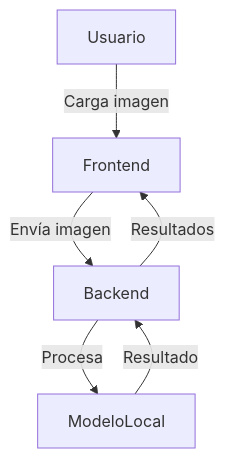
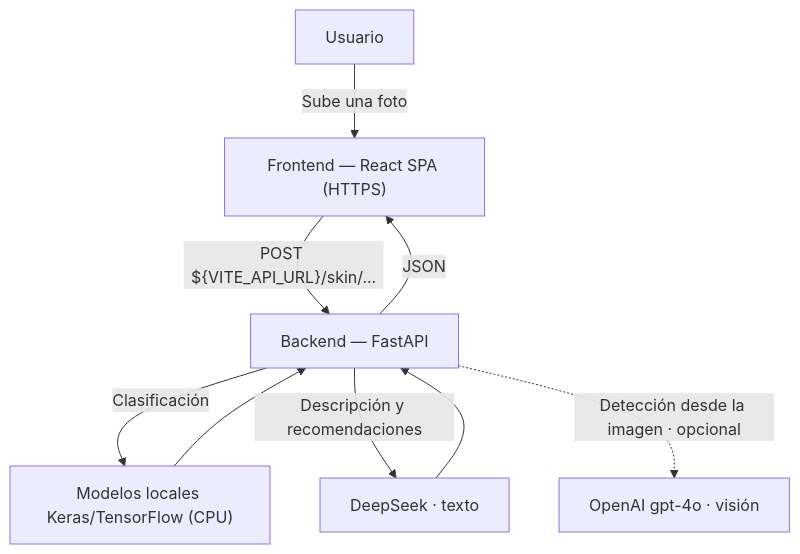
The diagram in README.md (thejoresp/PielSanaIA-MVP), drawn with Mermaid before and after one commit. The commit also changed other lines of this file and 8 other files, not shown here.

````diff
--- a/README.md
+++ b/README.md
@@ -169,8 +134,11 @@
 ```mermaid
 flowchart TD
-    Usuario -->|Carga imagen| Frontend
-    Frontend -->|Envía imagen| Backend
-    Backend -->|Procesa| ModeloLocal
-    ModeloLocal -->|Resultado| Backend
-    Backend -->|Resultados| Frontend
+    Usuario -->|Sube una foto| Frontend["Frontend — React SPA (HTTPS)"]
+    Frontend -->|"POST ${VITE_API_URL}/skin/..."| Backend["Backend — FastAPI"]
+    Backend -->|Clasificación| Modelos["Modelos locales Keras/TensorFlow (CPU)"]
+    Backend -->|Descripción y recomendaciones| DeepSeek["DeepSeek · texto"]
+    Backend -.->|Detección desde la imagen · opcional| OpenAI["OpenAI gpt-4o · visión"]
+    Modelos --> Backend
+    DeepSeek --> Backend
+    Backend -->|JSON| Frontend
 ```
````
